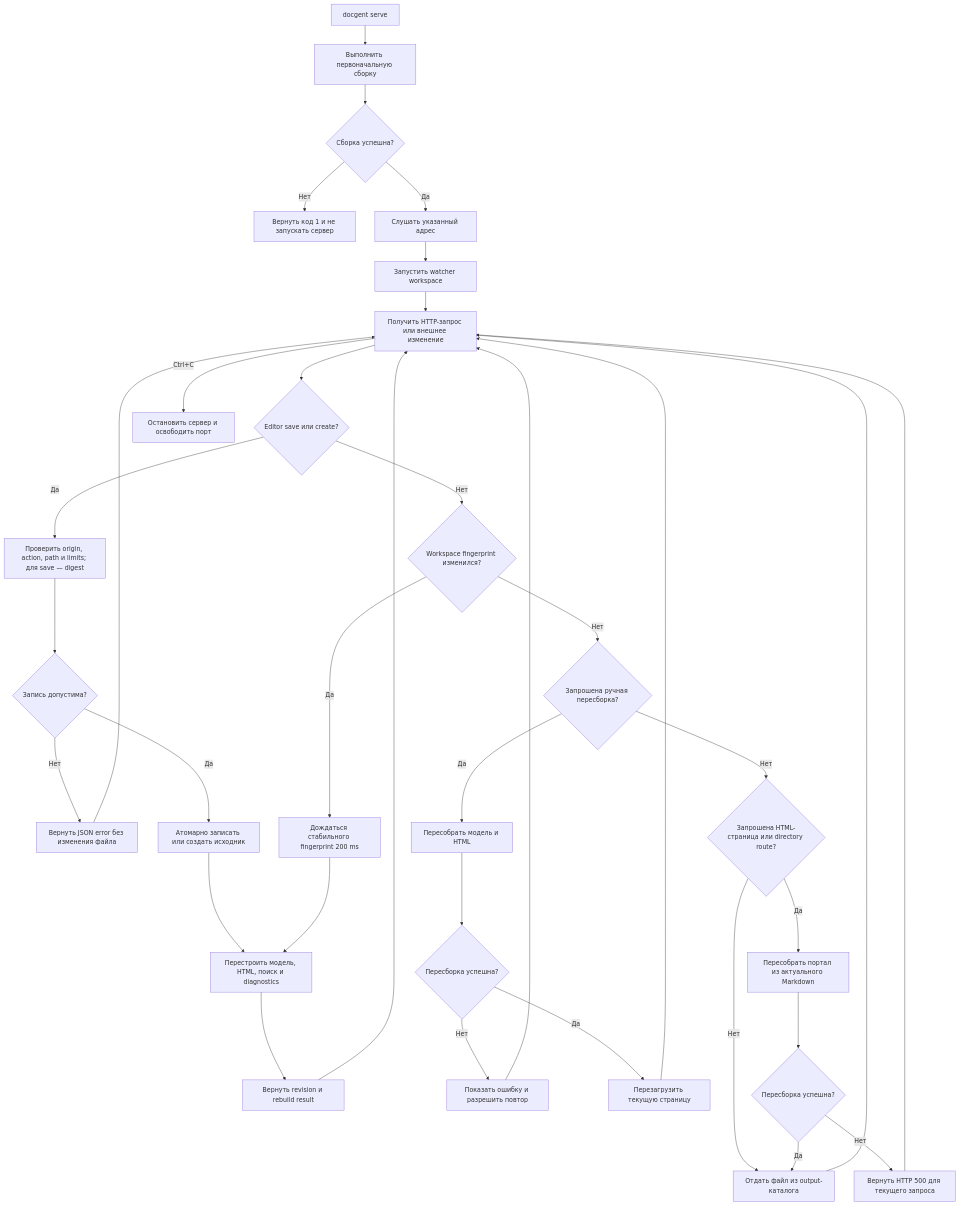
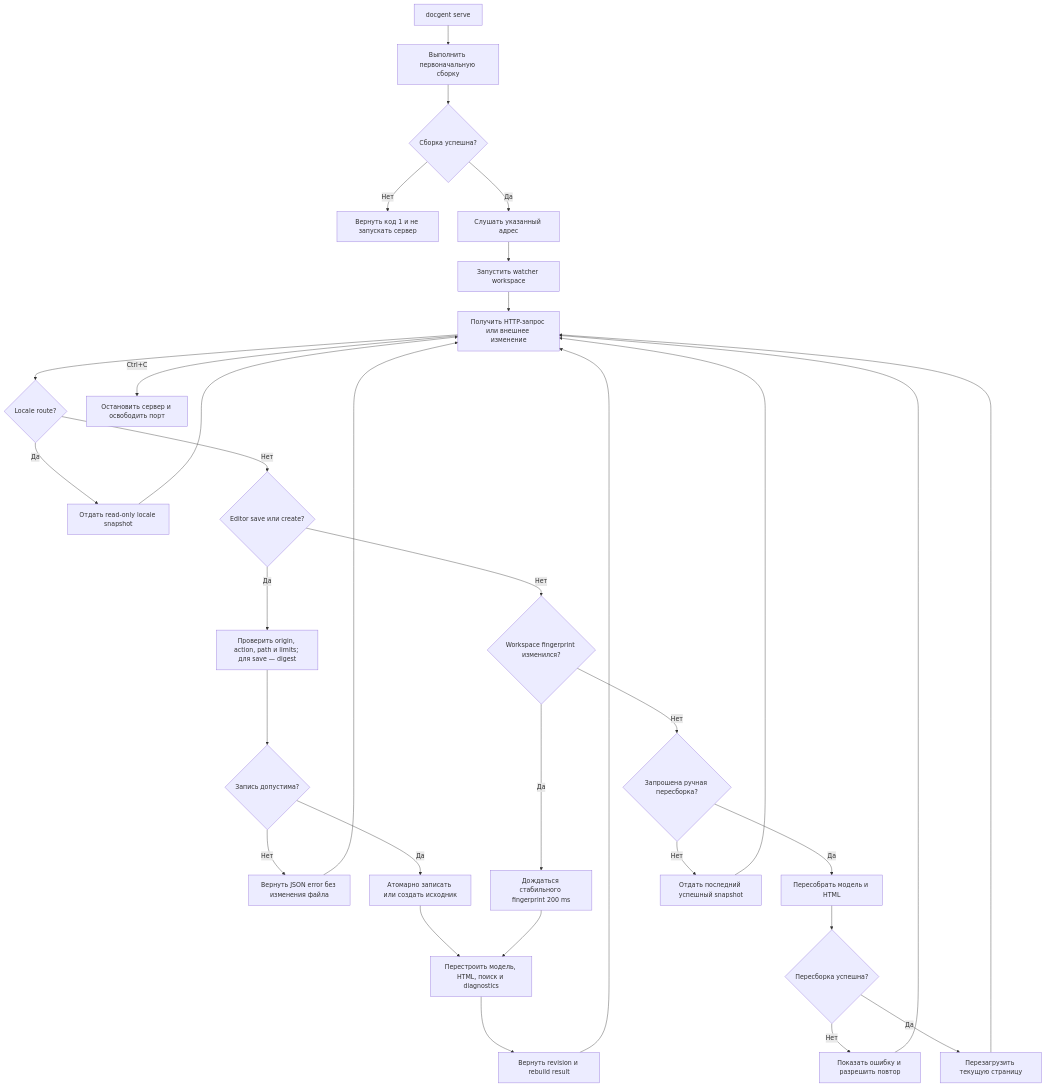
Before and after one commit to lumenikoly/toudocu: the diagram in docs/flows/FLOW-DOCS-SERVE.md, drawn with Mermaid. The commit also changed other lines of this file and 32 other files, not shown here.

````diff
--- a/docs/flows/FLOW-DOCS-SERVE.md
+++ b/docs/flows/FLOW-DOCS-SERVE.md
@@ -14,37 +14,34 @@
 ```mermaid
 flowchart TD
     Start["docgent serve"] --> Build["Выполнить первоначальную сборку"]
     Build --> Built{"Сборка успешна?"}
     Built -->|Нет| Stop["Вернуть код 1 и не запускать сервер"]
     Built -->|Да| Listen["Слушать указанный адрес"]
     Listen --> Watch["Запустить watcher workspace"]
     Watch --> Request["Получить HTTP-запрос или внешнее изменение"]
-    Request --> Editor{"Editor save или create?"}
+    Request --> Locale{"Locale route?"}
+    Locale -->|Да| LocaleSnapshot["Отдать read-only locale snapshot"]
+    LocaleSnapshot --> Request
+    Locale -->|Нет| Editor{"Editor save или create?"}
     Editor -->|Да| Guard["Проверить origin, action, path и limits; для save — digest"]
     Guard --> Accepted{"Запись допустима?"}
     Accepted -->|Нет| APIError["Вернуть JSON error без изменения файла"]
     Accepted -->|Да| Atomic["Атомарно записать или создать исходник"]
     Atomic --> Rebuild["Перестроить модель, HTML, поиск и diagnostics"]
     Rebuild --> Publish["Вернуть revision и rebuild result"]
     Publish --> Request
     APIError --> Request
     Editor -->|Нет| External{"Workspace fingerprint изменился?"}
     External -->|Да| Stable["Дождаться стабильного fingerprint 200 ms"]
     Stable --> Rebuild
     External -->|Нет| Manual{"Запрошена ручная пересборка?"}
     Manual -->|Да| ManualRebuild["Пересобрать модель и HTML"]
     ManualRebuild --> ManualResult{"Пересборка успешна?"}
     ManualResult -->|Нет| ManualError["Показать ошибку и разрешить повтор"]
     ManualResult -->|Да| Reload["Перезагрузить текущую страницу"]
     Reload --> Request
     ManualError --> Request
-    Manual -->|Нет| HTML{"Запрошена HTML-страница или directory route?"}
-    HTML -->|Нет| Static["Отдать файл из output-каталога"]
-    HTML -->|Да| HTMLRebuild["Пересобрать портал из актуального Markdown"]
-    HTMLRebuild --> Rebuilt{"Пересборка успешна?"}
-    Rebuilt -->|Нет| Error["Вернуть HTTP 500 для текущего запроса"]
-    Rebuilt -->|Да| Static
+    Manual -->|Нет| Static["Отдать последний успешный snapshot"]
     Static --> Request
-    Error --> Request
     Request -->|Ctrl+C| Finish["Остановить сервер и освободить порт"]
 ```
````
